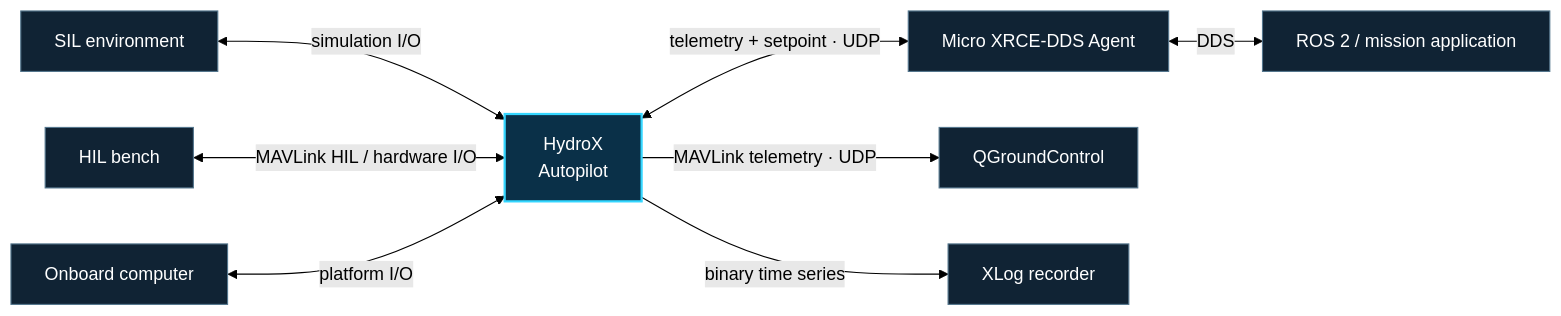
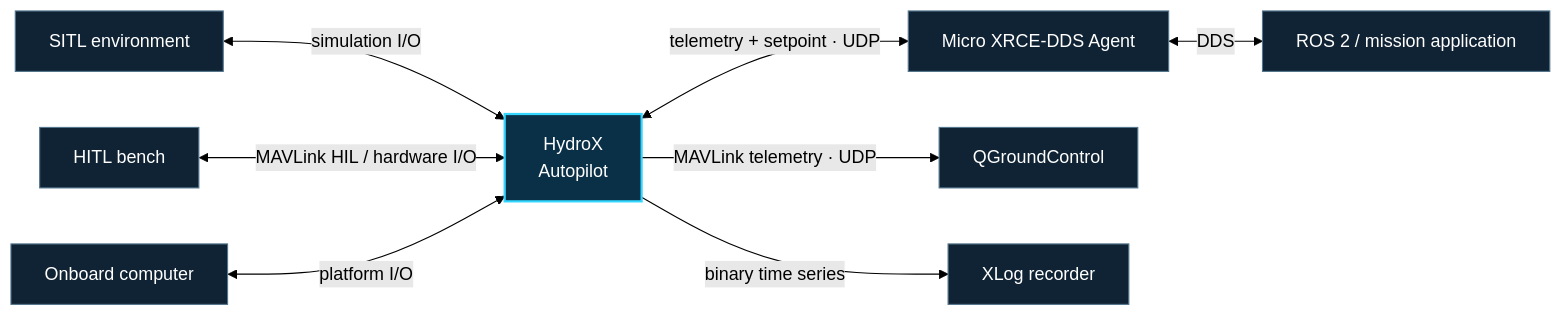
The diagram in README.md (xuheda/HydroX), drawn with Mermaid (forest theme) before and after one commit. The commit also changed other lines of this file and 234 other files, not shown here.

```diff
--- a/README.md
+++ b/README.md
@@ -82,24 +82,24 @@
 ~~~mermaid
 flowchart LR
-    SIL["SIL environment"]
-    HIL["HIL bench"]
+    SITL["SITL environment"]
+    HITL["HITL bench"]
     REAL["Onboard computer"]
     HX["HydroX<br/>Autopilot"]
     AGENT["Micro XRCE-DDS Agent"]
     ROS["ROS 2 / mission application"]
     QGC["QGroundControl"]
     LOG["XLog recorder"]
 
-    SIL <-->|"simulation I/O"| HX
-    HIL <-->|"MAVLink HIL / hardware I/O"| HX
+    SITL <-->|"simulation I/O"| HX
+    HITL <-->|"MAVLink HIL / hardware I/O"| HX
     REAL <-->|"platform I/O"| HX
     HX <-->|"telemetry + setpoint · UDP"| AGENT
     AGENT <-->|"DDS"| ROS
     HX -->|"MAVLink telemetry · UDP"| QGC
     HX -->|"binary time series"| LOG
 
     classDef core fill:#0a3048,stroke:#34d6ff,color:#ffffff,stroke-width:2px;
     classDef edge fill:#102334,stroke:#54768d,color:#ffffff;
     class HX core;
-    class SIL,HIL,REAL,AGENT,ROS,QGC,LOG edge;
+    class SITL,HITL,REAL,AGENT,ROS,QGC,LOG edge;
 ~~~
```
